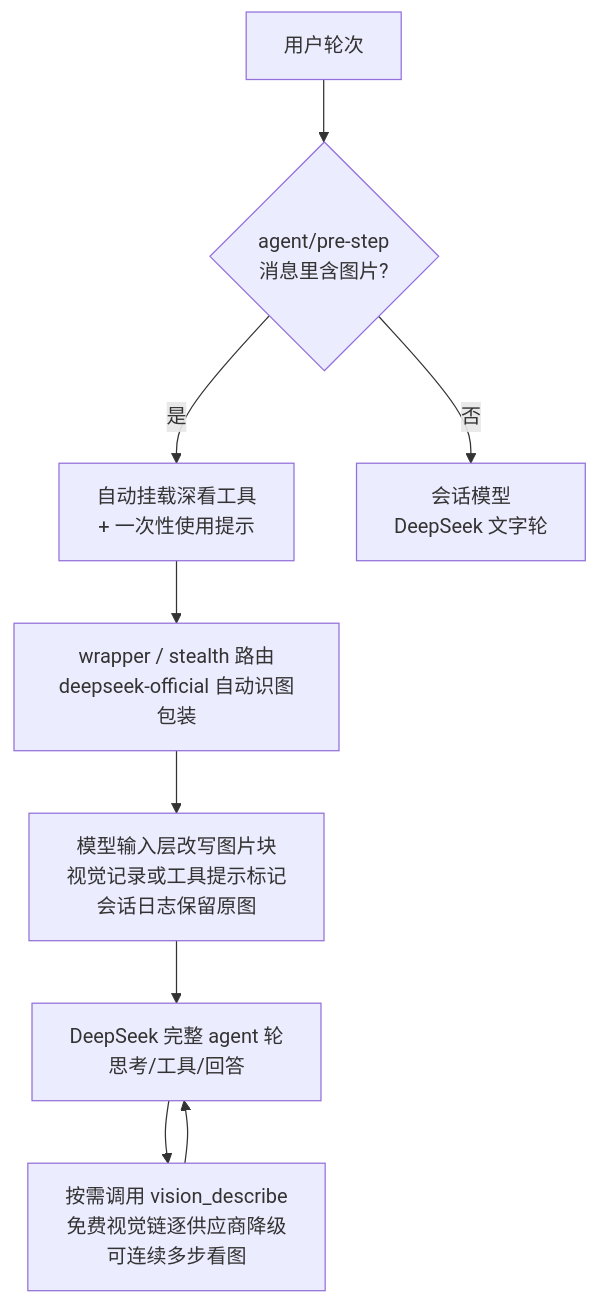
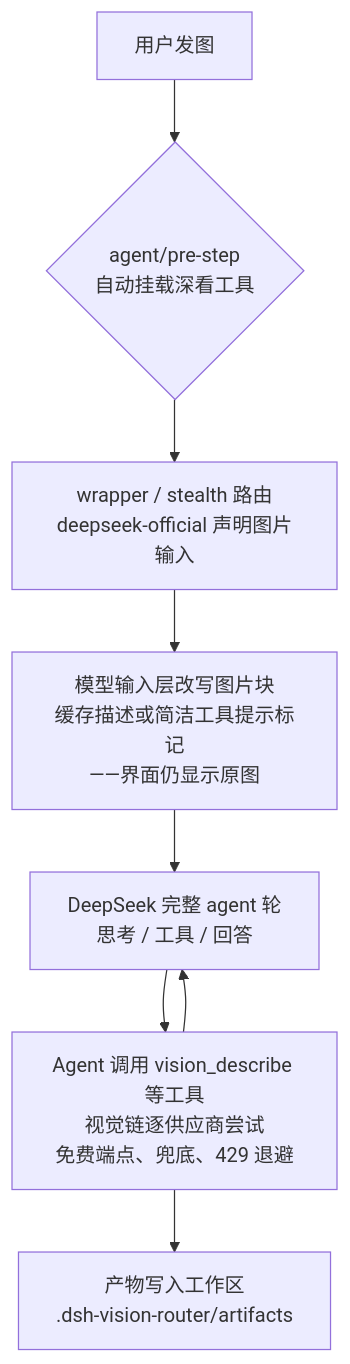
Before and after one commit to ysr666/dsh-vision-router: the diagram in README.zh.md, drawn with Mermaid. The commit also changed other lines of this file and 1 other file, not shown here.

````diff
--- a/README.zh.md
+++ b/README.zh.md
@@ -150,11 +61,10 @@
 ```mermaid
 flowchart TD
-    U[用户轮次] --> PS{agent/pre-step<br/>消息里含图片?}
-    PS -- 是 --> AUTO[自动挂载深看工具<br/>+ 一次性使用提示]
-    PS -- 否 --> TEXT[会话模型<br/>DeepSeek 文字轮]
-    AUTO --> WRAP[wrapper / stealth 路由<br/>deepseek-official 自动识图包装]
-    WRAP --> MARK[模型输入层改写图片块<br/>视觉记录或工具提示标记<br/>会话日志保留原图]
-    MARK --> DS[DeepSeek 完整 agent 轮<br/>思考/工具/回答]
-    DS --> TOOL[按需调用 vision_describe<br/>免费视觉链逐供应商降级<br/>可连续多步看图]
+    U[用户发图] --> PS{agent/pre-step<br/>自动挂载深看工具}
+    PS --> WRAP[wrapper / stealth 路由<br/>deepseek-official 声明图片输入]
+    WRAP --> MARK[模型输入层改写图片块<br/>缓存描述或简洁工具提示标记<br/>——界面仍显示原图]
+    MARK --> DS[DeepSeek 完整 agent 轮<br/>思考 / 工具 / 回答]
+    DS --> TOOL[Agent 调用 vision_describe 等工具<br/>视觉链逐供应商尝试<br/>免费端点、兜底、429 退避]
+    TOOL --> ART[产物写入工作区<br/>.dsh-vision-router/artifacts]
     TOOL --> DS
 ```
````
